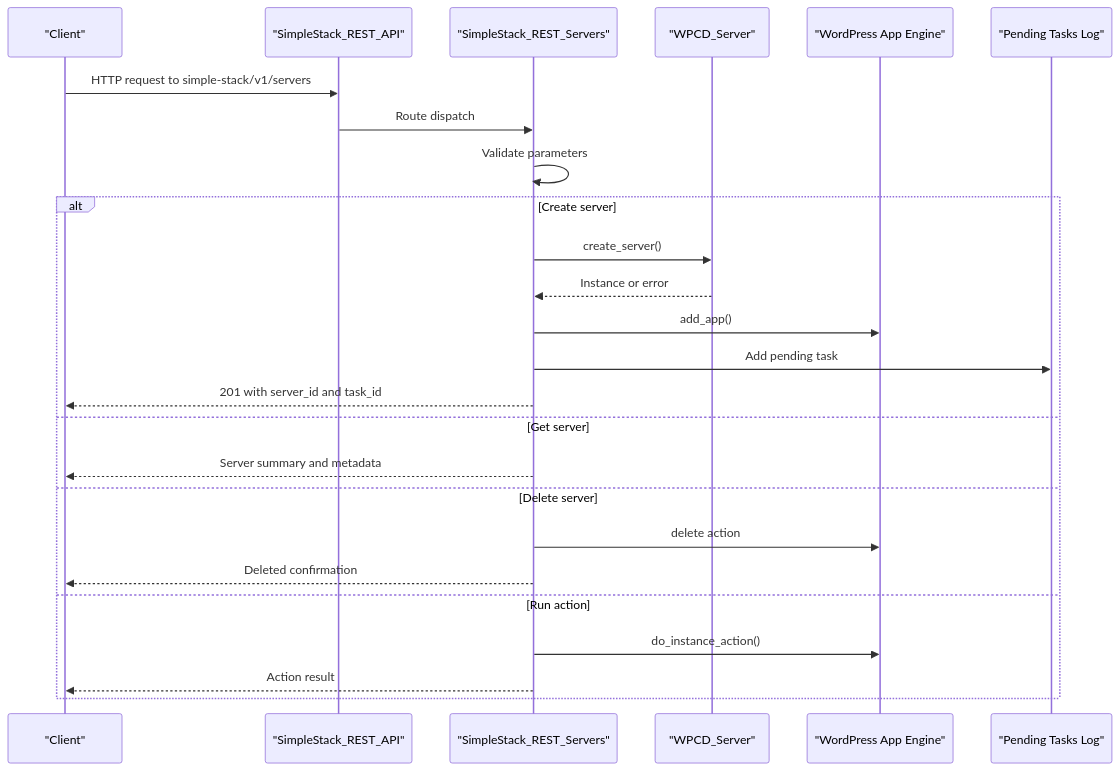
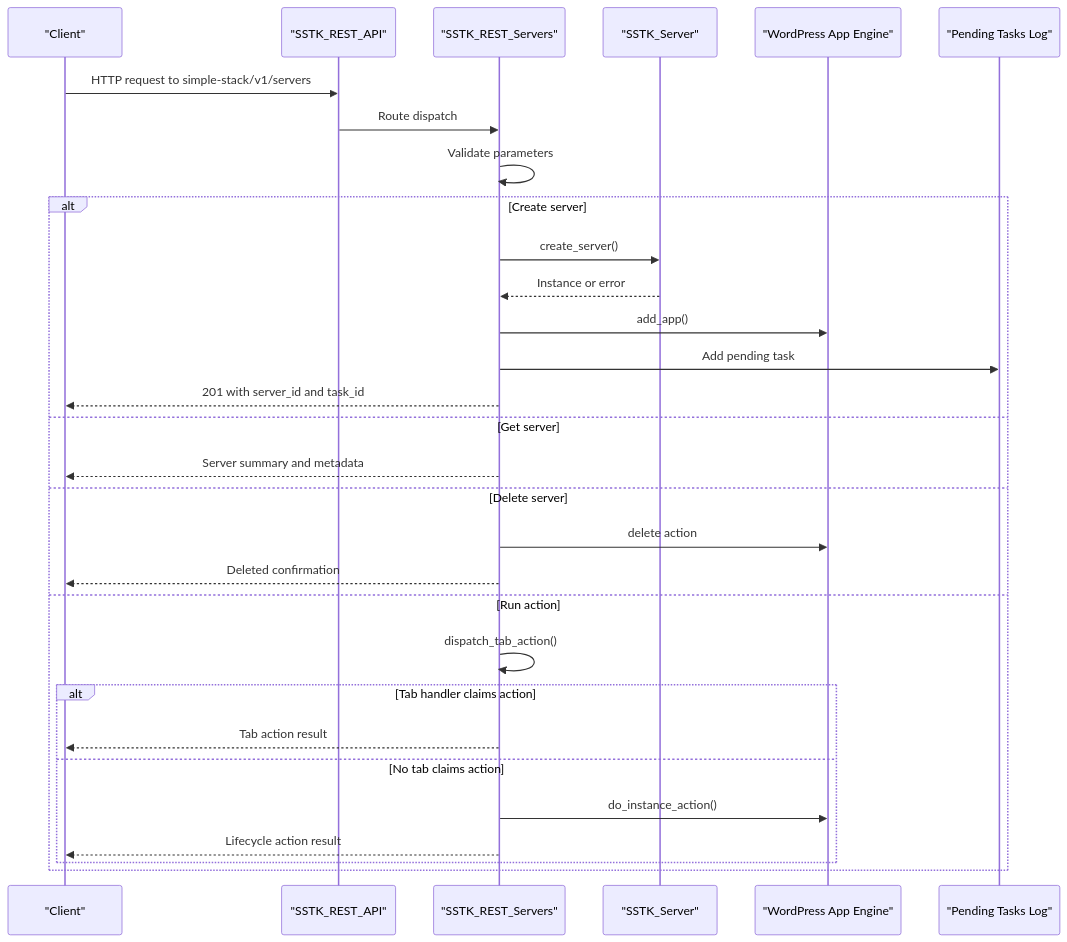
The second of 6 diagrams in .qoder/repowiki/en/content/REST API Reference/Servers API.md (onedogsolutions/simple-stack), drawn with Mermaid before and after one commit. The commit also changed other lines of this file and 5941 other files, not shown here.

First line of the commit message:
refactor(core): rebrand WPCloudDeploy to Simple Stack with new namespaces and prefixes

````diff
--- a/.qoder/repowiki/en/content/REST API Reference/Servers API.md
+++ b/.qoder/repowiki/en/content/REST API Reference/Servers API.md
@@ -76,27 +76,32 @@
 ```mermaid
 sequenceDiagram
 participant Client as "Client"
-participant API as "SimpleStack_REST_API"
-participant Controller as "SimpleStack_REST_Servers"
-participant Server as "WPCD_Server"
+participant API as "SSTK_REST_API"
+participant Controller as "SSTK_REST_Servers"
+participant Server as "SSTK_Server"
 participant App as "WordPress App Engine"
 participant Task as "Pending Tasks Log"
 Client->>API : HTTP request to simple-stack/v1/servers
 API->>Controller : Route dispatch
 Controller->>Controller : Validate parameters
 alt Create server
 Controller->>Server : create_server()
 Server-->>Controller : Instance or error
 Controller->>App : add_app()
 Controller->>Task : Add pending task
 Controller-->>Client : 201 with server_id and task_id
 else Get server
 Controller-->>Client : Server summary and metadata
 else Delete server
 Controller->>App : delete action
 Controller-->>Client : Deleted confirmation
 else Run action
+Controller->>Controller : dispatch_tab_action()
+alt Tab handler claims action
+Controller-->>Client : Tab action result
+else No tab claims action
 Controller->>App : do_instance_action()
-Controller-->>Client : Action result
+Controller-->>Client : Lifecycle action result
+end
 end
 ```
````
